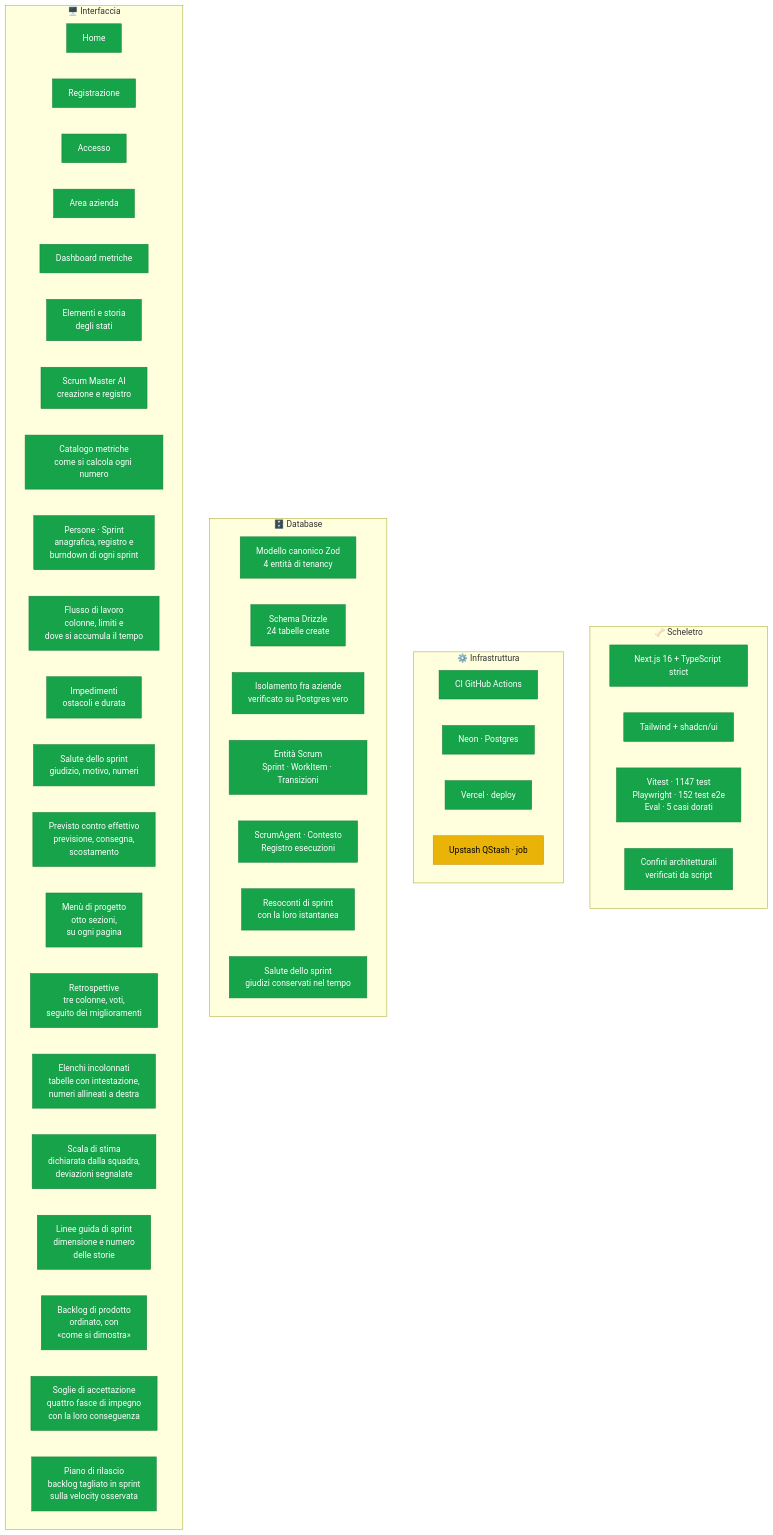
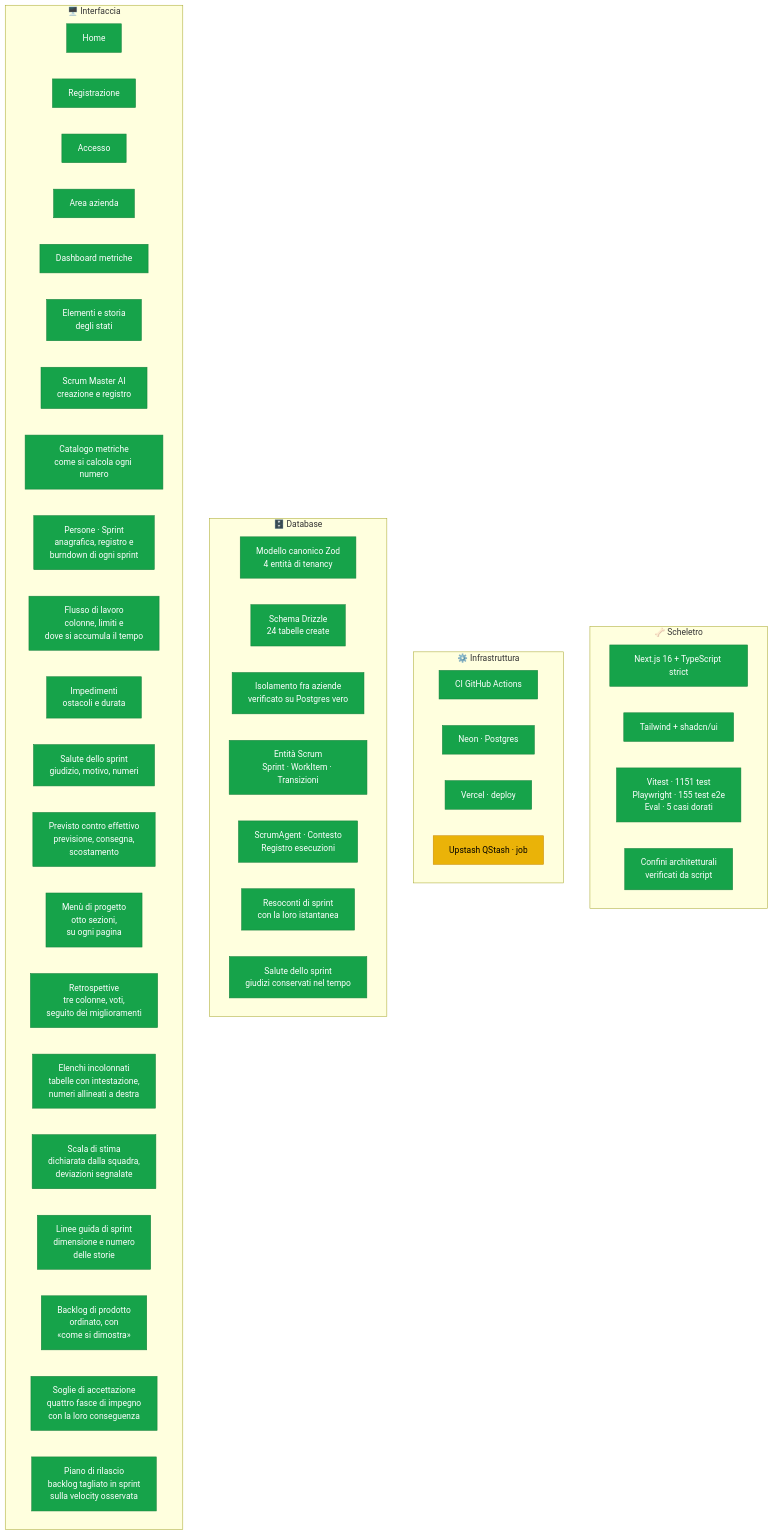
Before and after one commit to dibari62/scrum-master-ai: the first of 3 diagrams in docs/stato-progetto.md, drawn with Mermaid. The commit also changed other lines of this file and 16 other files, not shown here.

````diff
--- a/docs/stato-progetto.md
+++ b/docs/stato-progetto.md
@@ -16,60 +16,60 @@
 ```mermaid
 graph TB
     subgraph SCH["🦴 Scheletro"]
         S1["Next.js 16 + TypeScript strict"]
         S2["Tailwind + shadcn/ui"]
-        S3["Vitest · 1147 test<br/>Playwright · 152 test e2e<br/>Eval · 5 casi dorati"]
+        S3["Vitest · 1151 test<br/>Playwright · 155 test e2e<br/>Eval · 5 casi dorati"]
         S4["Confini architetturali<br/>verificati da script"]
     end
 
     subgraph INF["⚙️ Infrastruttura"]
         I1["CI GitHub Actions"]
         I2["Neon · Postgres"]
         I3["Vercel · deploy"]
         I4["Upstash QStash · job"]
     end
 
     subgraph DB["🗄️ Database"]
         D1["Modello canonico Zod<br/>4 entità di tenancy"]
         D2["Schema Drizzle<br/>24 tabelle create"]
         D3["Isolamento fra aziende<br/>verificato su Postgres vero"]
         D4["Entità Scrum<br/>Sprint · WorkItem · Transizioni"]
         D5["ScrumAgent · Contesto<br/>Registro esecuzioni"]
         D6["Resoconti di sprint<br/>con la loro istantanea"]
         D7["Salute dello sprint<br/>giudizi conservati nel tempo"]
     end
 
     subgraph UI["🖥️ Interfaccia"]
         U1["Home"]
         U2["Registrazione"]
         U3["Accesso"]
         U4["Area azienda"]
         U5["Dashboard metriche"]
         U7["Elementi e storia<br/>degli stati"]
         U6["Scrum Master AI<br/>creazione e registro"]
         U8["Catalogo metriche<br/>come si calcola ogni numero"]
         U9["Persone · Sprint<br/>anagrafica, registro e<br/>burndown di ogni sprint"]
         U10["Flusso di lavoro<br/>colonne, limiti e<br/>dove si accumula il tempo"]
         U11["Impedimenti<br/>ostacoli e durata"]
         U12["Salute dello sprint<br/>giudizio, motivo, numeri"]
         U13["Previsto contro effettivo<br/>previsione, consegna,<br/>scostamento"]
         U14["Menù di progetto<br/>otto sezioni,<br/>su ogni pagina"]
         U15["Retrospettive<br/>tre colonne, voti,<br/>seguito dei miglioramenti"]
         U16["Elenchi incolonnati<br/>tabelle con intestazione,<br/>numeri allineati a destra"]
         U17["Scala di stima<br/>dichiarata dalla squadra,<br/>deviazioni segnalate"]
         U18["Linee guida di sprint<br/>dimensione e numero<br/>delle storie"]
         U19["Backlog di prodotto<br/>ordinato, con<br/>«come si dimostra»"]
         U20["Soglie di accettazione<br/>quattro fasce di impegno<br/>con la loro conseguenza"]
         U21["Piano di rilascio<br/>backlog tagliato in sprint<br/>sulla velocity osservata"]
     end
 
     classDef fatto fill:#16a34a,stroke:#15803d,color:#fff
     classDef corso fill:#eab308,stroke:#ca8a04,color:#000
     classDef todo fill:#e5e7eb,stroke:#9ca3af,color:#6b7280
 
     class S1,S2,S3,S4 fatto
     class I1,I2,I3 fatto
     class I4 corso
     class D1,D2,D3,D4,D5,D6,D7 fatto
     class U1,U2,U3,U4,U5,U6,U7,U8,U9,U10,U11,U12,U13,U14,U15,U16,U17,U18,U19,U20,U21 fatto
 ```
````
